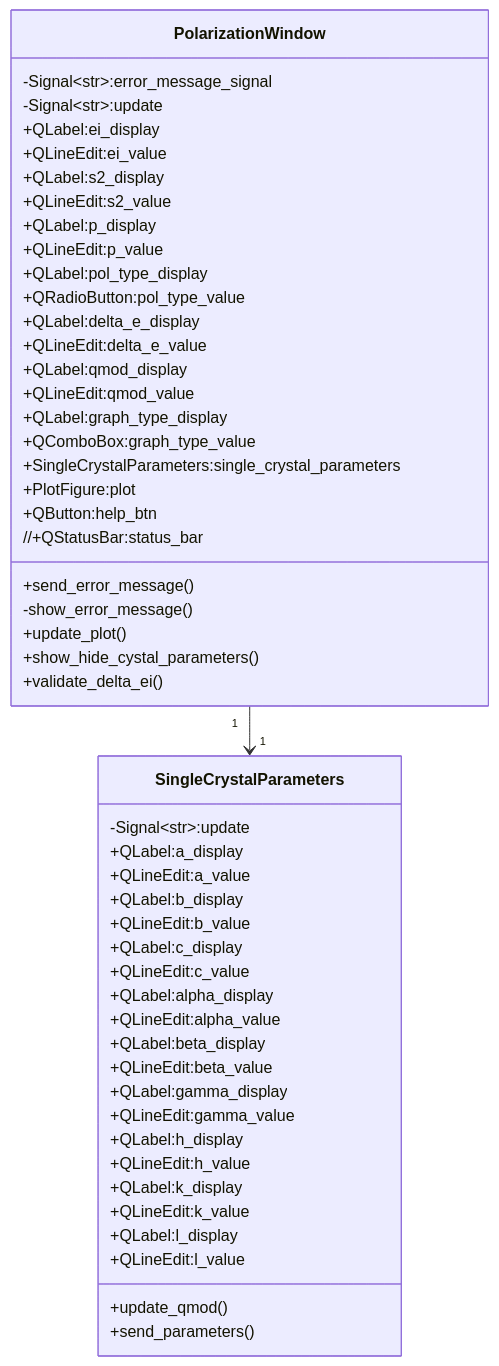
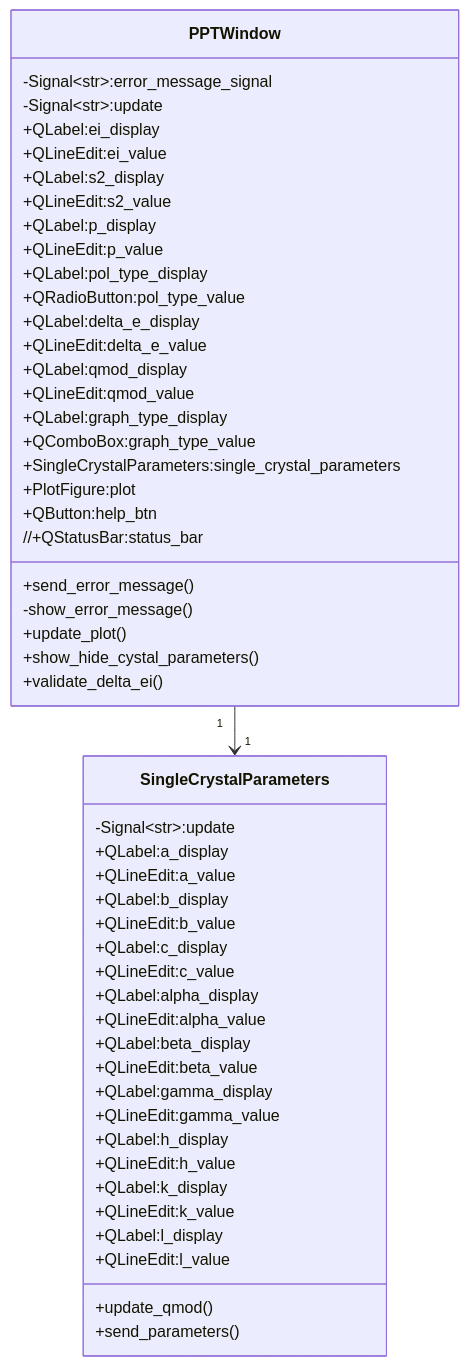
One commit to neutrons/hyspecppt changed the second of 3 diagrams in docs/source/design/polarizationmodel.rst. Above: the diagram before and after it, drawn with Mermaid. The commit also changed other lines of this file and 4 other files, not shown here.

```diff
--- a/docs/source/design/polarizationmodel.rst
+++ b/docs/source/design/polarizationmodel.rst
@@ -52,58 +52,58 @@
 .. mermaid::
 
  classDiagram
-    PolarizationWindow "1" -->"1" SingleCrystalParameters
+    PPTWindow "1" -->"1" SingleCrystalParameters
 
-    class PolarizationWindow{
+    class PPTWindow{
         -Signal~str~:error_message_signal
         -Signal~str~:update
 
         +QLabel:ei_display
         +QLineEdit:ei_value
         +QLabel:s2_display
         +QLineEdit:s2_value
         +QLabel:p_display
         +QLineEdit:p_value
         +QLabel:pol_type_display
         +QRadioButton:pol_type_value
         +QLabel:delta_e_display
         +QLineEdit:delta_e_value
         +QLabel:qmod_display
         +QLineEdit:qmod_value
         +QLabel:graph_type_display
         +QComboBox:graph_type_value
         +SingleCrystalParameters:single_crystal_parameters
         +PlotFigure:plot
         +QButton:help_btn
         +send_error_message()
         -show_error_message()
         //+QStatusBar:status_bar
         +update_plot()
         +show_hide_cystal_parameters()
         +validate_delta_ei()
     }
 
 
     class SingleCrystalParameters{
         -Signal~str~:update
         +QLabel:a_display
         +QLineEdit:a_value
         +QLabel:b_display
         +QLineEdit:b_value
         +QLabel:c_display
         +QLineEdit:c_value
         +QLabel:alpha_display
         +QLineEdit:alpha_value
         +QLabel:beta_display
         +QLineEdit:beta_value
         +QLabel:gamma_display
         +QLineEdit:gamma_value
         +QLabel:h_display
         +QLineEdit:h_value
         +QLabel:k_display
         +QLineEdit:k_value
         +QLabel:l_display
         +QLineEdit:l_value
         +update_qmod()
         +send_parameters()
     }
```
